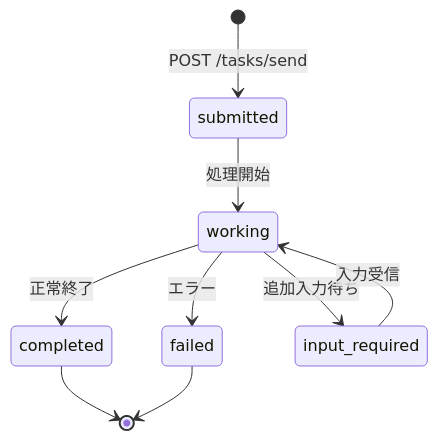
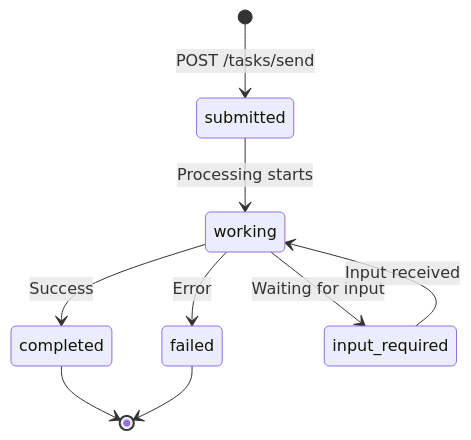
One commit to s-hiraoku/synapse-a2a changed the fourth of 5 diagrams in README.md. Above: the diagram before and after it, drawn with Mermaid. The commit also changed other lines of this file and 1 other file, not shown here.

````diff
--- a/README.md
+++ b/README.md
@@ -745,11 +712,11 @@
 ```mermaid
 stateDiagram-v2
     [*] --> submitted: POST /tasks/send
-    submitted --> working: 処理開始
-    working --> completed: 正常終了
-    working --> failed: エラー
-    working --> input_required: 追加入力待ち
-    input_required --> working: 入力受信
+    submitted --> working: Processing starts
+    working --> completed: Success
+    working --> failed: Error
+    working --> input_required: Waiting for input
+    input_required --> working: Input received
     completed --> [*]
     failed --> [*]
 ```
````
